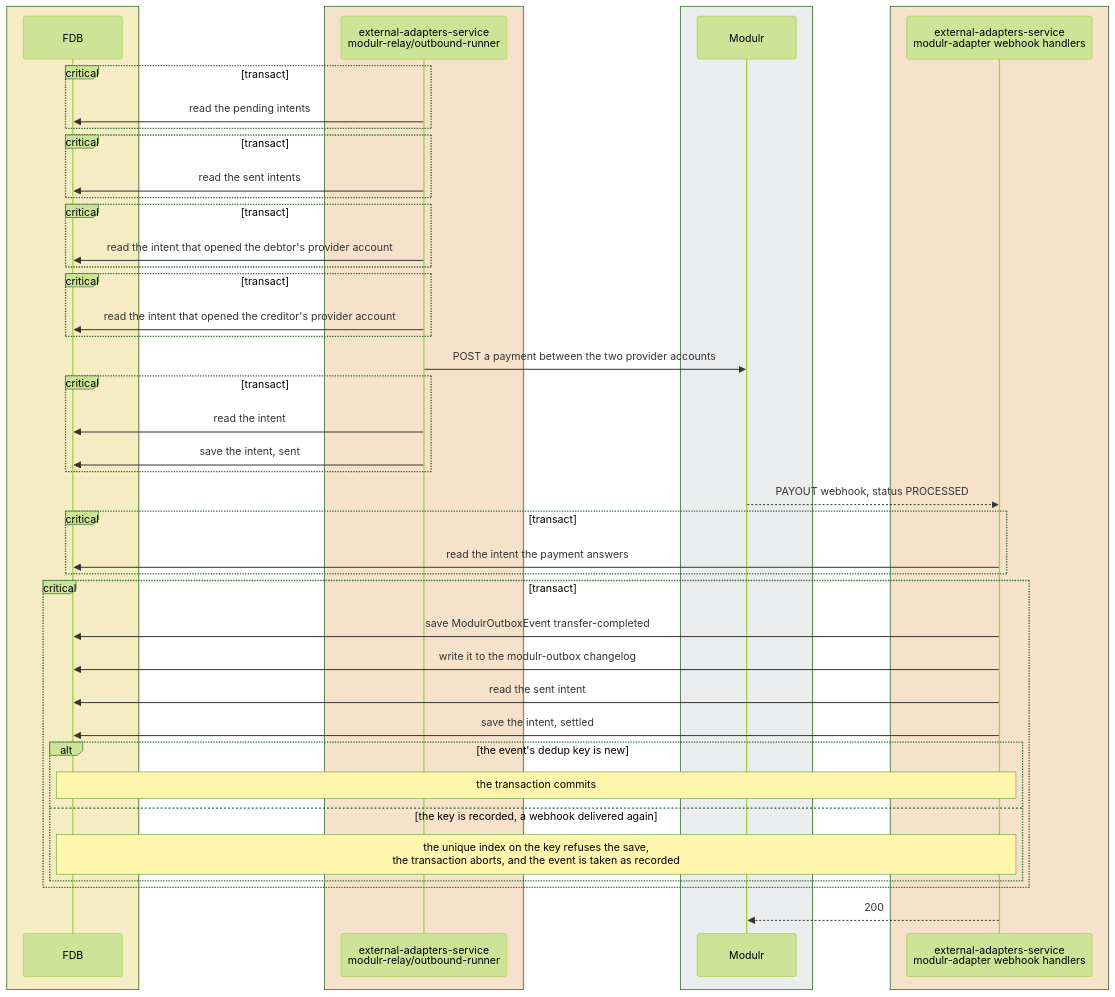
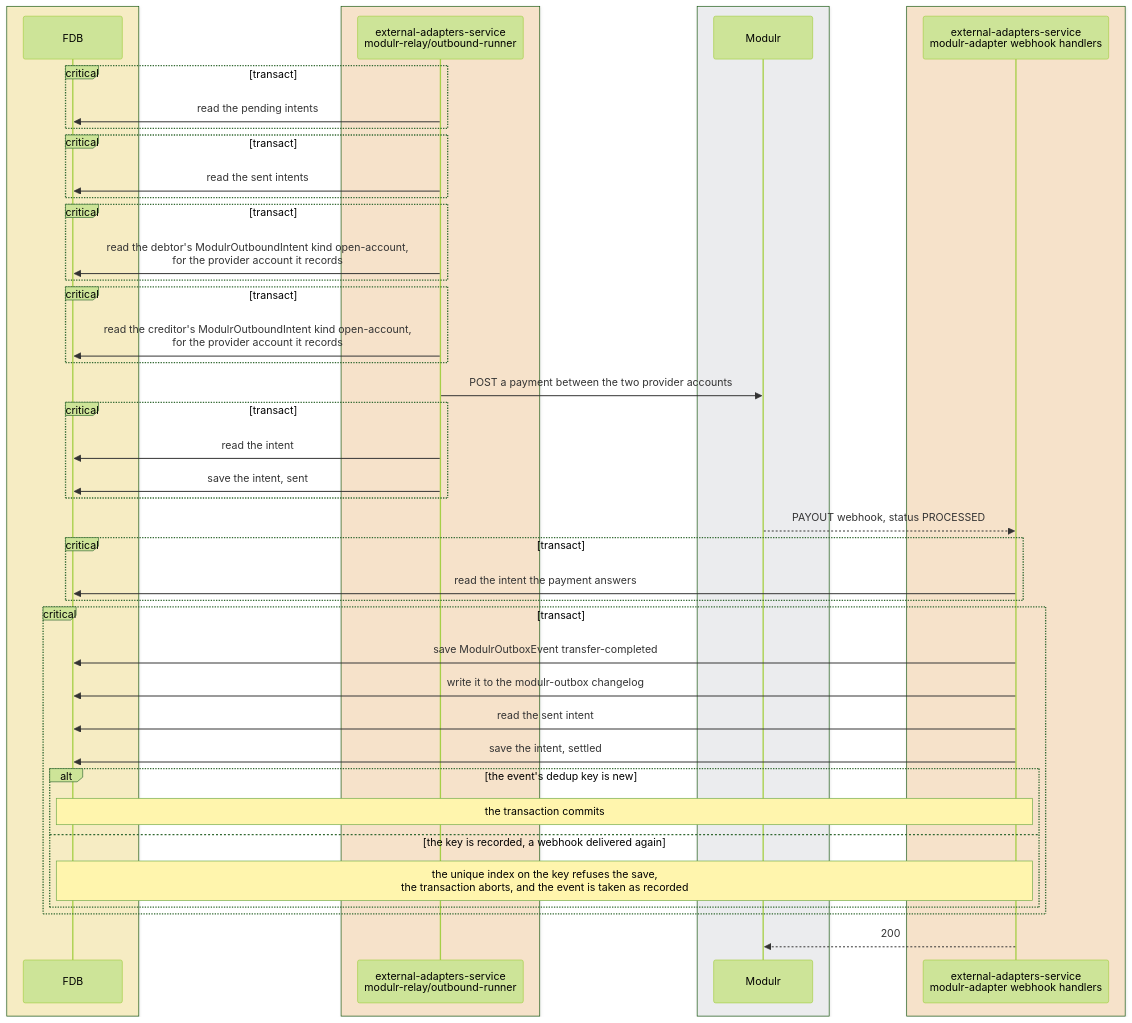
Before and after one commit to repldriven/queenswood: the sixth of 7 diagrams in docs/tdd/payments-internal.md, drawn with Mermaid (forest theme). The commit also changed other lines of this file, not shown here.

Commit message:
Name the record a transfer reads its provider accounts from

````diff
--- a/docs/tdd/payments-internal.md
+++ b/docs/tdd/payments-internal.md
@@ -329,48 +329,48 @@
 ```mermaid
 sequenceDiagram
     box rgba(255, 236, 153, 0.5)
     participant DB as FDB
     end
     box rgba(255, 216, 168, 0.5)
     participant IP as external-adapters-service<br/>modulr-relay/outbound-runner
     end
     box rgba(233, 236, 239, 0.5)
     participant PR as Modulr
     end
     box rgba(255, 216, 168, 0.5)
     participant WH as external-adapters-service<br/>modulr-adapter webhook handlers
     end
     critical transact
     IP->>DB: read the pending intents
     end
     critical transact
     IP->>DB: read the sent intents
     end
     critical transact
-    IP->>DB: read the intent that opened the debtor's provider account
+    IP->>DB: read the debtor's ModulrOutboundIntent kind open-account,<br/>for the provider account it records
     end
     critical transact
-    IP->>DB: read the intent that opened the creditor's provider account
+    IP->>DB: read the creditor's ModulrOutboundIntent kind open-account,<br/>for the provider account it records
     end
     IP->>PR: POST a payment between the two provider accounts
     critical transact
     IP->>DB: read the intent
     IP->>DB: save the intent, sent
     end
     PR-->>WH: PAYOUT webhook, status PROCESSED
     critical transact
     WH->>DB: read the intent the payment answers
     end
     critical transact
     WH->>DB: save ModulrOutboxEvent transfer-completed
     WH->>DB: write it to the modulr-outbox changelog
     WH->>DB: read the sent intent
     WH->>DB: save the intent, settled
     alt the event's dedup key is new
     Note over WH,DB: the transaction commits
     else the key is recorded, a webhook delivered again
     Note over WH,DB: the unique index on the key refuses the save,<br/>the transaction aborts, and the event is taken as recorded
     end
     end
     WH-->>PR: 200
 ```
````
